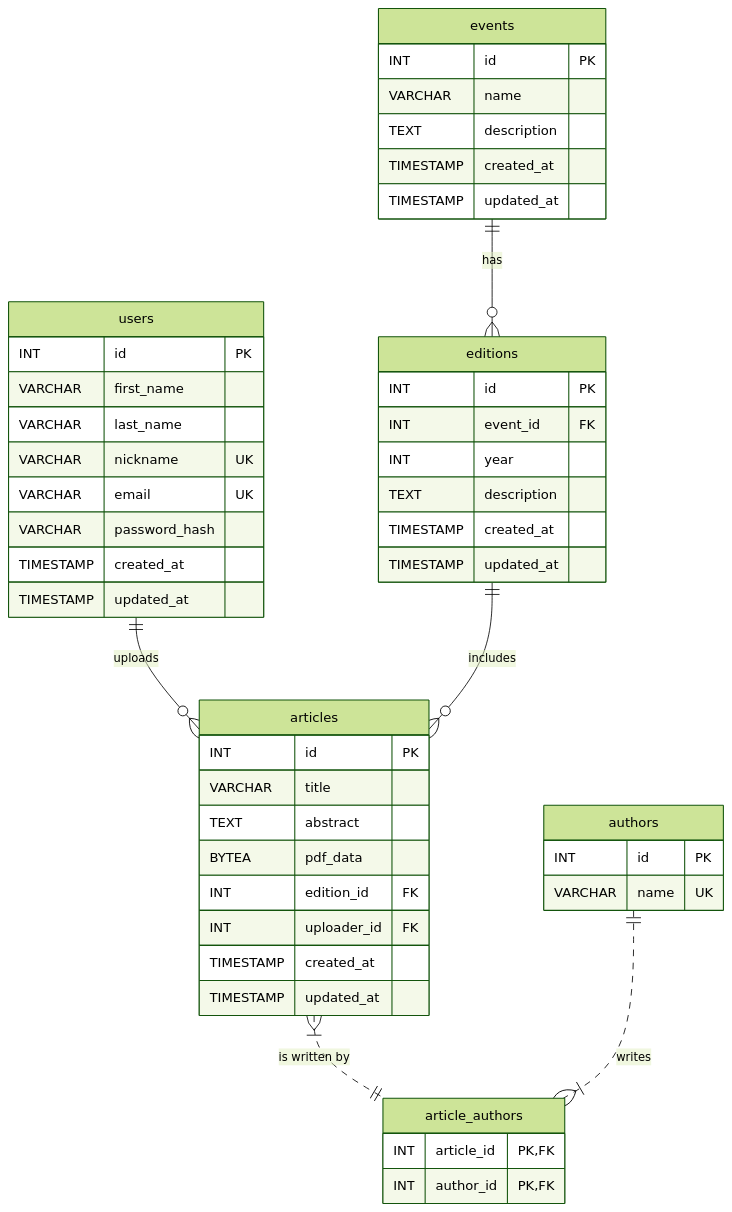
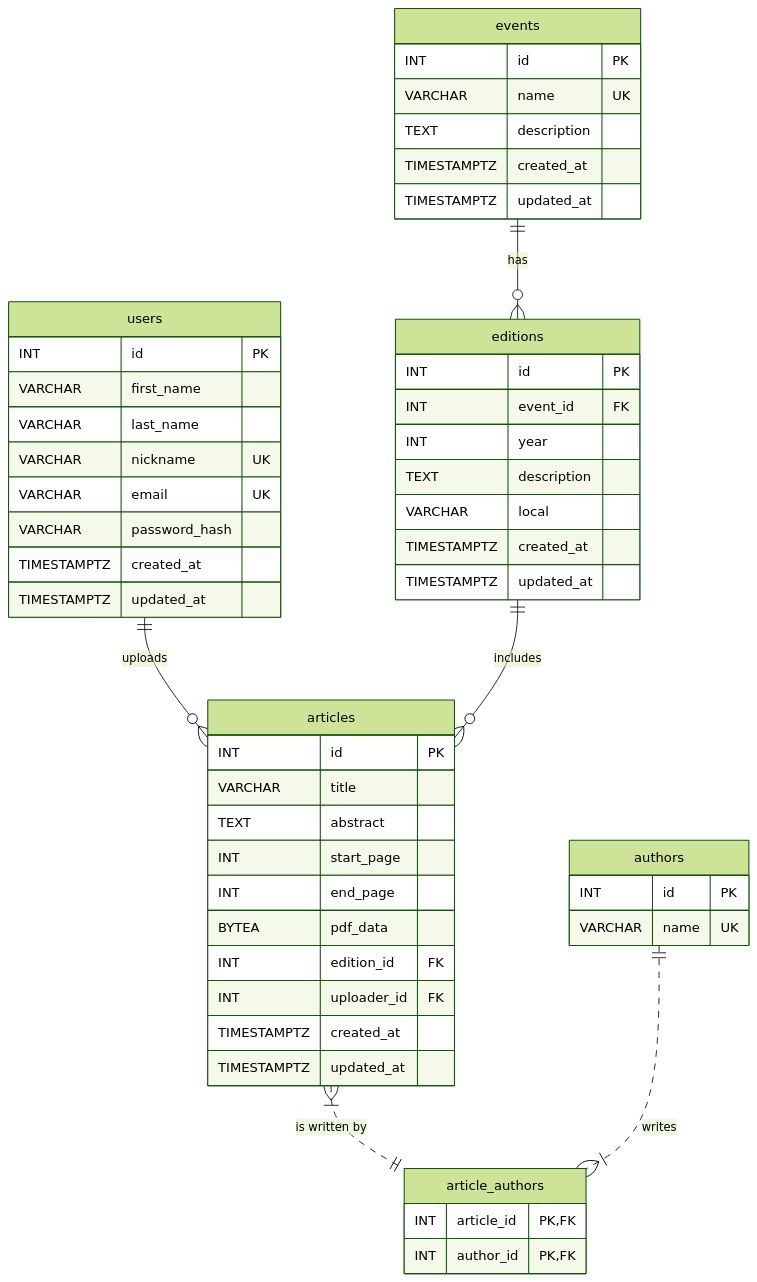
Before and after one commit to Gustav0Luiz/TP-1-Eng-Software: the first of 3 diagrams in README.md, drawn with Mermaid (forest theme).

Commit message:
UPDATE: data-set scheme

````diff
--- a/README.md
+++ b/README.md
@@ -42,58 +42,60 @@
 ```mermaid
 erDiagram
     users {
         INT id PK
         VARCHAR first_name
         VARCHAR last_name
         VARCHAR nickname UK
         VARCHAR email UK
         VARCHAR password_hash
-        TIMESTAMP created_at
-        TIMESTAMP updated_at
+        TIMESTAMPTZ created_at
+        TIMESTAMPTZ updated_at
     }
 
     events {
         INT id PK
-        VARCHAR name
+        VARCHAR name UK
         TEXT description
-        TIMESTAMP created_at
-        TIMESTAMP updated_at
+        TIMESTAMPTZ created_at
+        TIMESTAMPTZ updated_at
     }
 
     editions {
         INT id PK
         INT event_id FK
         INT year
         TEXT description
-        TIMESTAMP created_at
-        TIMESTAMP updated_at
+        VARCHAR local
+        TIMESTAMPTZ created_at
+        TIMESTAMPTZ updated_at
     }
 
     articles {
         INT id PK
         VARCHAR title
         TEXT abstract
+        INT start_page
+        INT end_page
         BYTEA pdf_data
         INT edition_id FK
         INT uploader_id FK
-        TIMESTAMP created_at
-        TIMESTAMP updated_at
+        TIMESTAMPTZ created_at
+        TIMESTAMPTZ updated_at
     }
 
     authors {
         INT id PK
         VARCHAR name UK
     }
 
     article_authors {
         INT article_id PK, FK
         INT author_id PK, FK
     }
 
     users ||--o{ articles : "uploads"
     events ||--o{ editions : "has"
     editions ||--o{ articles : "includes"
     articles }|..|| article_authors : "is written by"
     authors ||..|{ article_authors : "writes"
-
 ```
````
